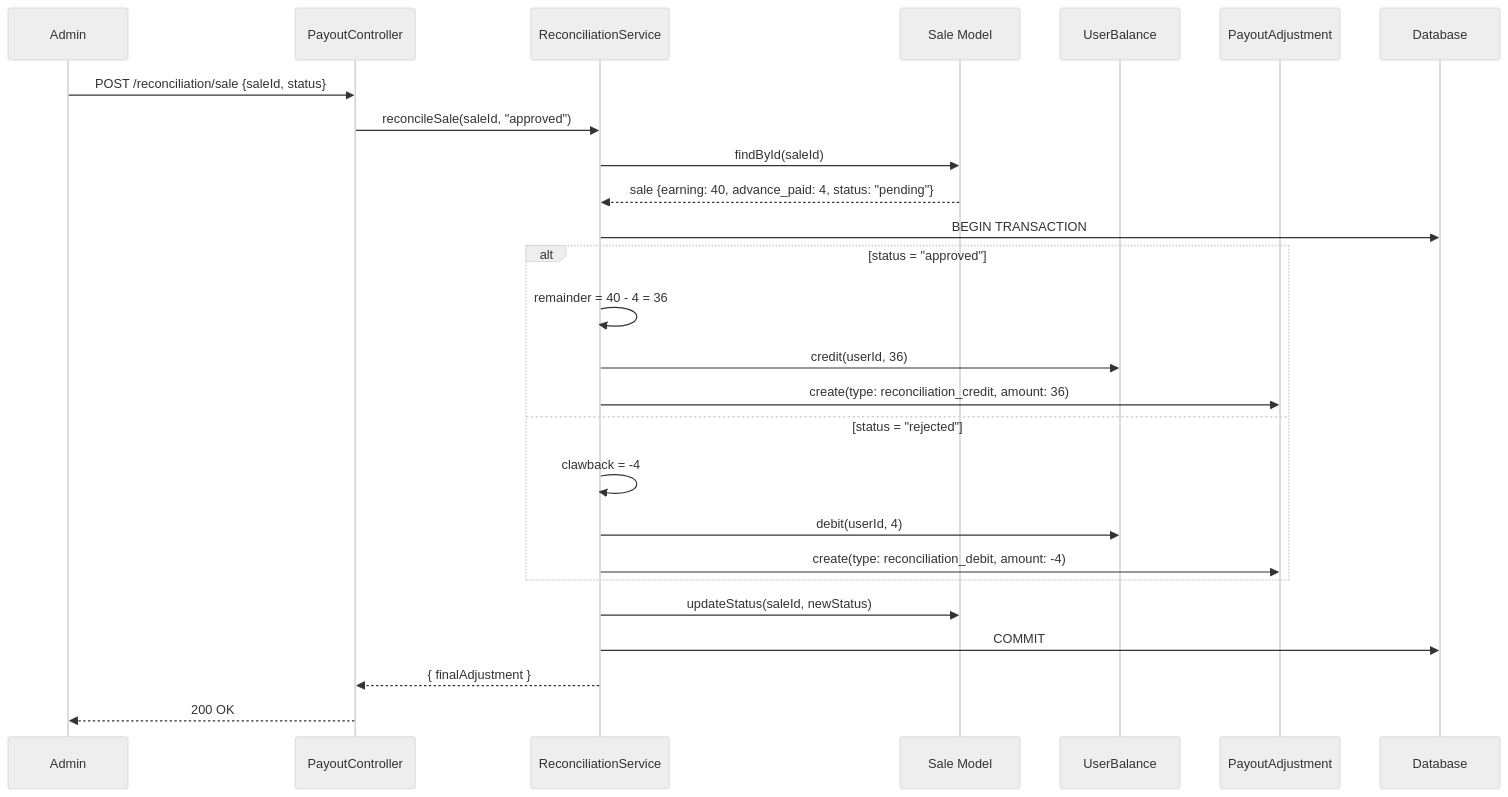
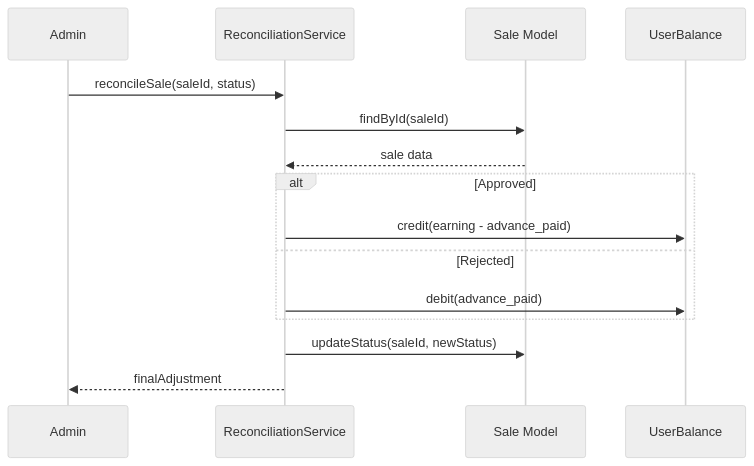
The tenth of 14 diagrams in LLD.md (pawanclone/taskdoc), drawn with Mermaid (neutral theme) before and after one commit. The commit also changed other lines of this file, not shown here.

````diff
--- a/LLD.md
+++ b/LLD.md
@@ -284,31 +363,20 @@
 ```mermaid
 sequenceDiagram
     participant Admin
-    participant Controller as PayoutController
-    participant Service as ReconciliationService
-    participant SaleModel as Sale Model
-    participant BalanceModel as UserBalance
-    participant AuditModel as PayoutAdjustment
-    participant DB as Database
+    participant Svc as ReconciliationService
+    participant Sale as Sale Model
+    participant Bal as UserBalance
 
-    Admin->>Controller: POST /reconciliation/sale {saleId, status}
-    Controller->>Service: reconcileSale(saleId, "approved")
-    Service->>SaleModel: findById(saleId)
-    SaleModel-->>Service: sale {earning: 40, advance_paid: 4, status: "pending"}
-    Service->>DB: BEGIN TRANSACTION
+    Admin->>Svc: reconcileSale(saleId, status)
+    Svc->>Sale: findById(saleId)
+    Sale-->>Svc: sale data
 
-    alt status = "approved"
-        Service->>Service: remainder = 40 - 4 = 36
-        Service->>BalanceModel: credit(userId, 36)
-        Service->>AuditModel: create(type: reconciliation_credit, amount: 36)
-    else status = "rejected"
-        Service->>Service: clawback = -4
-        Service->>BalanceModel: debit(userId, 4)
-        Service->>AuditModel: create(type: reconciliation_debit, amount: -4)
+    alt Approved
+        Svc->>Bal: credit(earning - advance_paid)
+    else Rejected
+        Svc->>Bal: debit(advance_paid)
     end
 
-    Service->>SaleModel: updateStatus(saleId, newStatus)
-    Service->>DB: COMMIT
-    Service-->>Controller: { finalAdjustment }
-    Controller-->>Admin: 200 OK
+    Svc->>Sale: updateStatus(saleId, newStatus)
+    Svc-->>Admin: finalAdjustment
 ```
````
